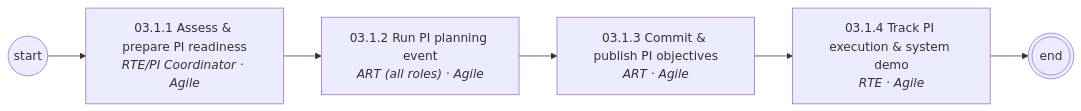
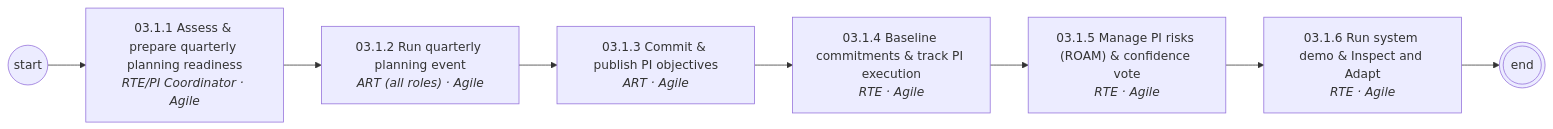
One commit to corbyjames/apptio-process-catalog changed the second of 5 diagrams in diagrams/mermaid/area-03.md. Above: the diagram before and after it, drawn with Mermaid. The commit also changed other lines of this file and 8 other files, not shown here.

````diff
--- a/diagrams/mermaid/area-03.md
+++ b/diagrams/mermaid/area-03.md
@@ -23,13 +23,17 @@
 ```mermaid
 flowchart LR
   S((start))
-  N03_1_1["03.1.1 Assess & prepare PI readiness<br/><i>RTE/PI Coordinator · Agile</i>"]
+  N03_1_1["03.1.1 Assess & prepare quarterly planning readiness<br/><i>RTE/PI Coordinator · Agile</i>"]
   S --> N03_1_1
-  N03_1_2["03.1.2 Run PI planning event<br/><i>ART (all roles) · Agile</i>"]
+  N03_1_2["03.1.2 Run quarterly planning event<br/><i>ART (all roles) · Agile</i>"]
   N03_1_1 --> N03_1_2
   N03_1_3["03.1.3 Commit & publish PI objectives<br/><i>ART · Agile</i>"]
   N03_1_2 --> N03_1_3
-  N03_1_4["03.1.4 Track PI execution & system demo<br/><i>RTE · Agile</i>"]
+  N03_1_4["03.1.4 Baseline commitments & track PI execution<br/><i>RTE · Agile</i>"]
   N03_1_3 --> N03_1_4
-  N03_1_4 --> E(((end)))
+  N03_1_5["03.1.5 Manage PI risks (ROAM) & confidence vote<br/><i>RTE · Agile</i>"]
+  N03_1_4 --> N03_1_5
+  N03_1_6["03.1.6 Run system demo & Inspect and Adapt<br/><i>RTE · Agile</i>"]
+  N03_1_5 --> N03_1_6
+  N03_1_6 --> E(((end)))
 ```
````
